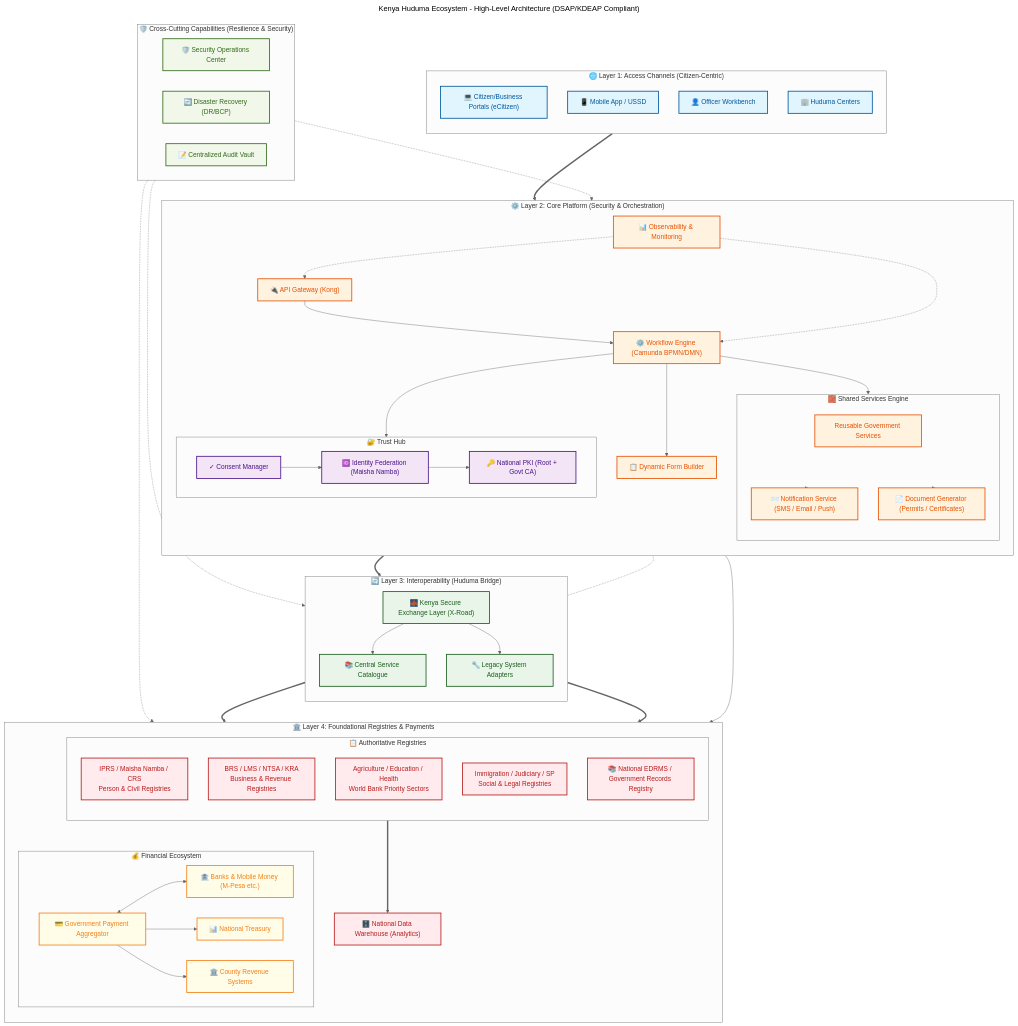
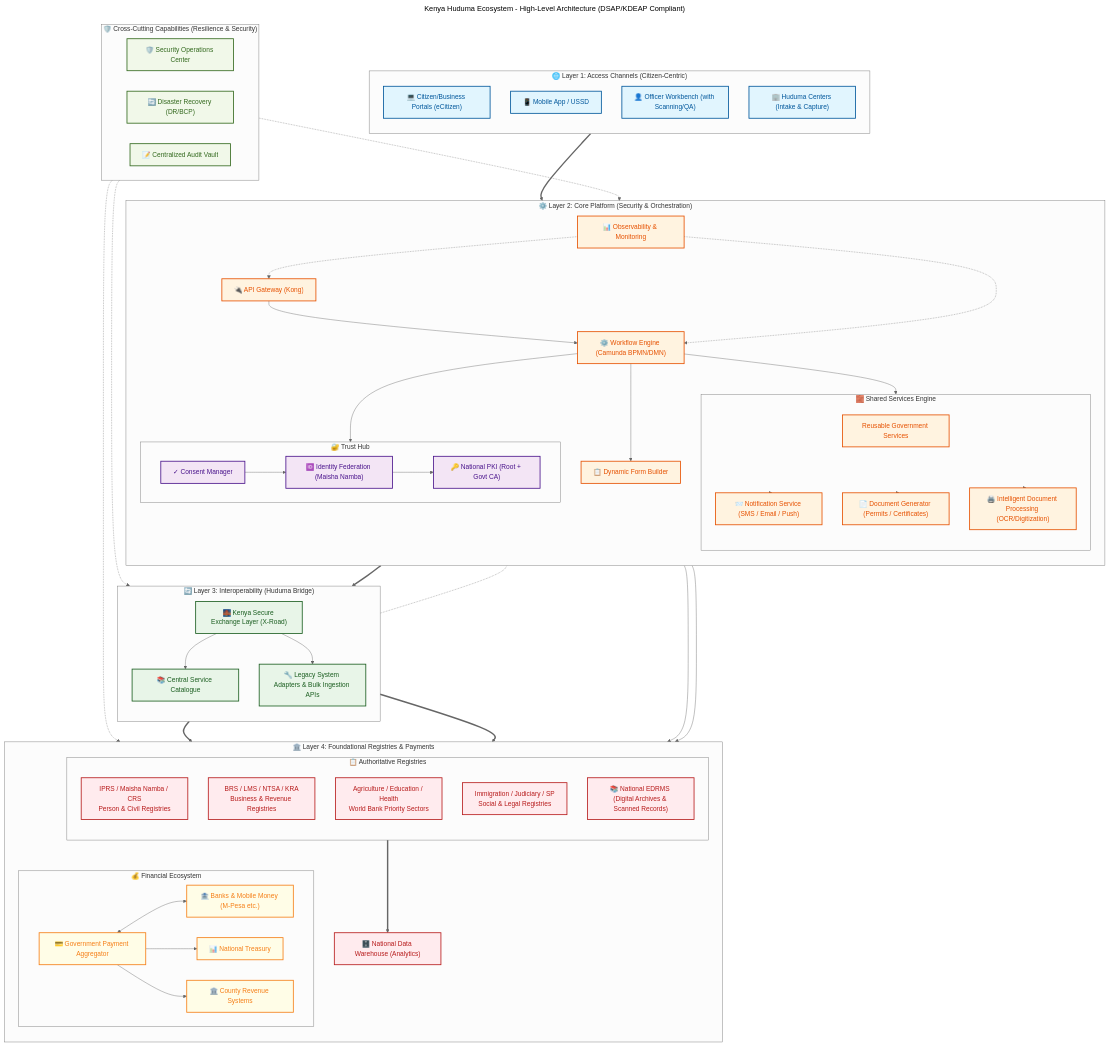
One commit to BITZ-IT-Consulting-LTD/ictapoc changed the first of 3 diagrams in docs/architecture/architecture_three.md. Above: the diagram before and after it, drawn with Mermaid (neutral theme). The commit also changed other lines of this file and 16 other files, not shown here.

```diff
--- a/docs/architecture/architecture_three.md
+++ b/docs/architecture/architecture_three.md
@@ -21,8 +21,8 @@
         direction TB
         CP["💻 Citizen/Business Portals (eCitizen)"]:::access
         MA["📱 Mobile App / USSD"]:::access
-        OW["👤 Officer Workbench"]:::access
-        SC["🏢 Huduma Centers"]:::access
+        OW["👤 Officer Workbench (with Scanning/QA)"]:::access
+        SC["🏢 Huduma Centers (Intake & Capture)"]:::access
     end
 
     %% Layer 2: Core Platform
@@ -39,12 +39,13 @@
             SSE["Reusable Government Services"]:::core
             NOTIFY["📨 Notification Service (SMS / Email / Push)"]:::core
             DOCGEN["📄 Document Generator (Permits / Certificates)"]:::core
+            IDP["🖨️ Intelligent Document Processing (OCR/Digitization)"]:::core
         end
         
         subgraph TrustHub["🔐 Trust Hub"]
             direction LR
             CM["✓ Consent Manager"]:::trust
-            IDP["🆔 Identity Federation (Maisha Namba)"]:::trust
+            IDP_ID["🆔 Identity Federation (Maisha Namba)"]:::trust
             NPKI["🔑 National PKI (Root + Govt CA)"]:::trust
         end
         
@@ -55,9 +56,10 @@
         WE --> SharedServices
         SharedServices --> NOTIFY
         SharedServices --> DOCGEN
+        SharedServices --> IDP
         
-        CM --> IDP
-        IDP --> NPKI
+        CM --> IDP_ID
+        IDP_ID --> NPKI
         
         OBS -.-> AG
         OBS -.-> WE
@@ -68,7 +70,7 @@
         direction TB
         KeSEL["🌉 Kenya Secure Exchange Layer (X-Road)"]:::bridge
         CSC["📚 Central Service Catalogue"]:::bridge
-        Adapters["🔧 Legacy System Adapters"]:::bridge
+        Adapters["🔧 Legacy System Adapters & Bulk Ingestion APIs"]:::bridge
         
         KeSEL --> CSC
         KeSEL --> Adapters
@@ -84,7 +86,7 @@
             R2["BRS / LMS / NTSA / KRA<br/>Business & Revenue Registries"]:::registry
             R_SEC["Agriculture / Education / Health<br/>World Bank Priority Sectors"]:::registry
             R4["Immigration / Judiciary / SP<br/>Social & Legal Registries"]:::registry
-            EDRMS["📚 National EDRMS / Government Records Registry"]:::registry
+            EDRMS["📚 National EDRMS (Digital Archives & Scanned Records)"]:::registry
         end
         
         NDW["🗄️ National Data Warehouse (Analytics)"]:::registry
@@ -123,6 +125,7 @@
 
     %% Document flow
     DOCGEN --> EDRMS
+    IDP --> EDRMS
 
     %% Trust integration
     TrustHub -.- KeSEL
```
